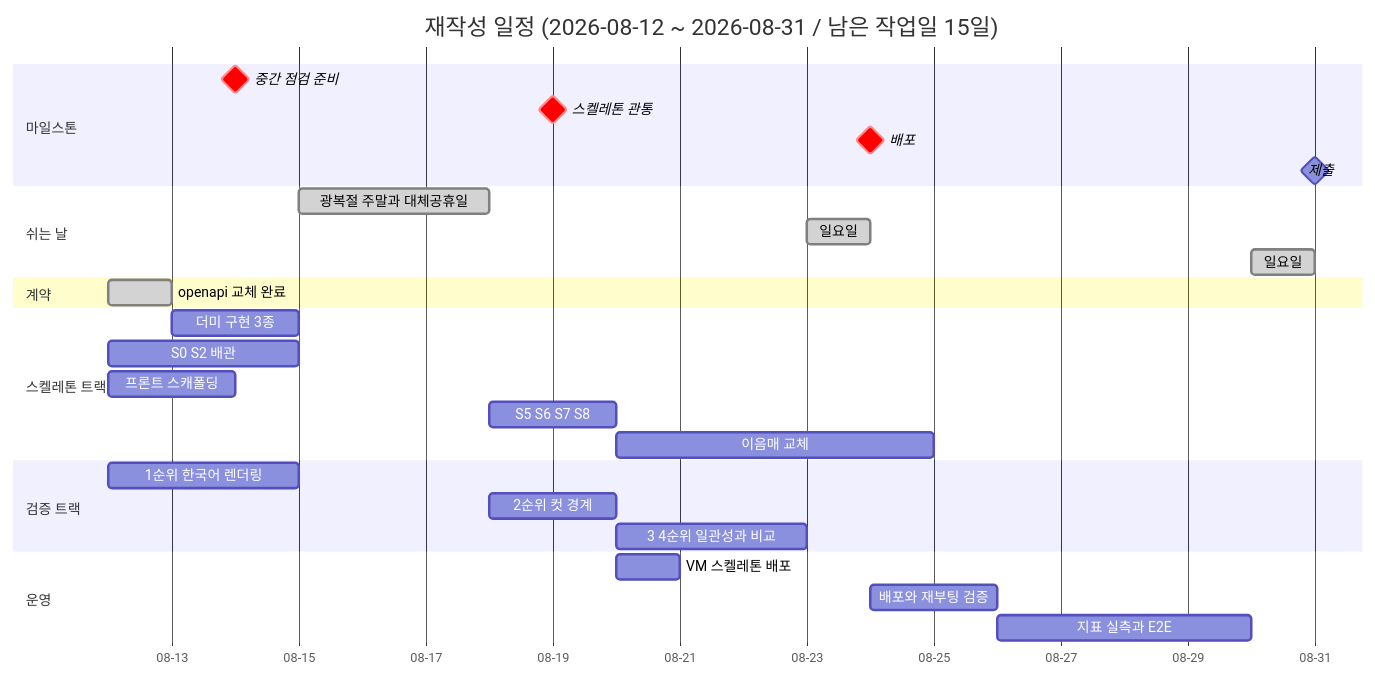
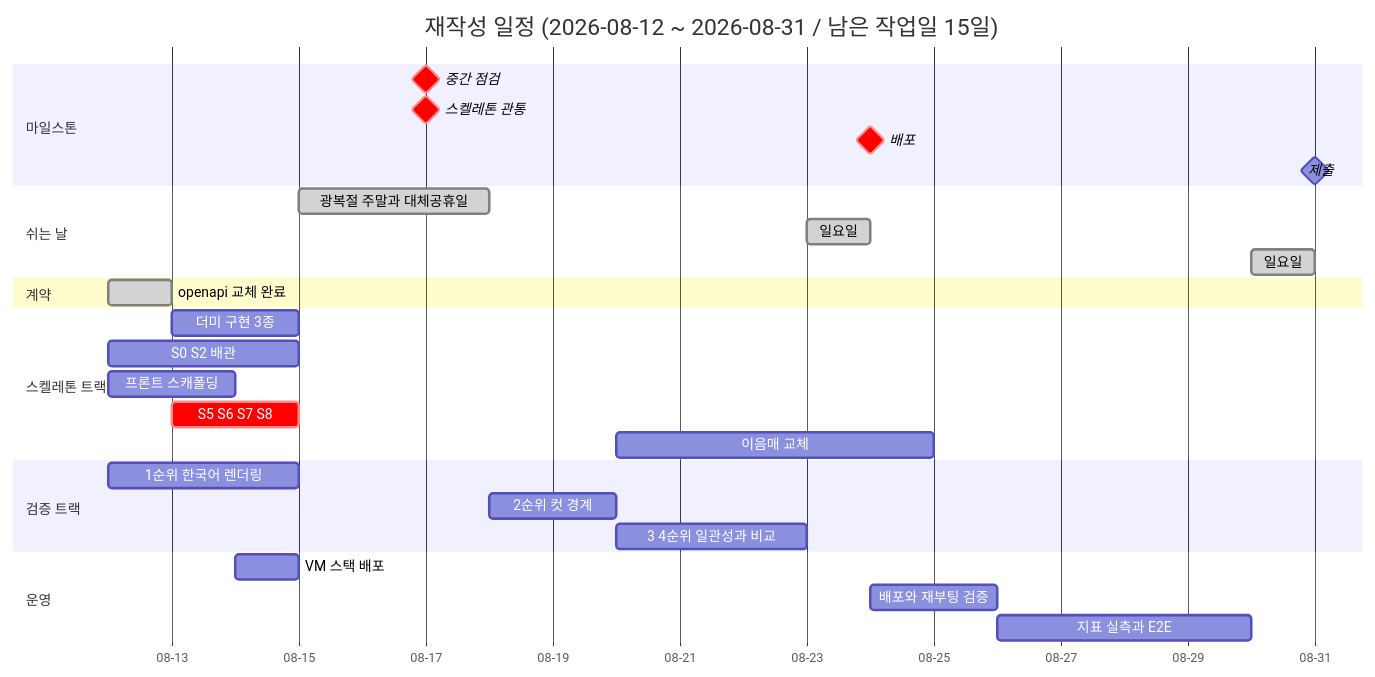
The first of 2 diagrams in docs/역할_일정/00-overall.md (Codeit-AI10-Part4-3Team/AI10-Part4-3Team-Advanced-Project), drawn with Mermaid before and after one commit. The commit also changed other lines of this file and 9 other files, not shown here.

````diff
--- a/docs/역할_일정/00-overall.md
+++ b/docs/역할_일정/00-overall.md
@@ -76,37 +103,37 @@
 ```mermaid
 gantt
     title 재작성 일정 (2026-08-12 ~ 2026-08-31 / 남은 작업일 15일)
     dateFormat YYYY-MM-DD
     axisFormat %m-%d
 
     section 마일스톤
-    중간 점검 준비        :crit, milestone, m3, 2026-08-14, 0d
-    스켈레톤 관통        :crit, milestone, m4, 2026-08-19, 0d
+    중간 점검            :crit, milestone, m3, 2026-08-17, 0d
+    스켈레톤 관통        :crit, milestone, m4, 2026-08-17, 0d
     배포                :crit, milestone, m5, 2026-08-24, 0d
     제출                :milestone, m6, 2026-08-31, 0d
 
     section 쉬는 날
     광복절 주말과 대체공휴일 :done, off2, 2026-08-15, 3d
     일요일                :done, off3, 2026-08-23, 1d
     일요일                :done, off4, 2026-08-30, 1d
 
     section 계약
     openapi 교체 완료     :done, c1, 2026-08-12, 1d
 
     section 스켈레톤 트랙
     더미 구현 3종         :s1, 2026-08-13, 2d
     S0 S2 배관           :s2, 2026-08-12, 3d
     프론트 스캐폴딩       :s3, 2026-08-12, 2d
-    S5 S6 S7 S8          :s4, 2026-08-18, 2d
+    S5 S6 S7 S8          :crit, s4, 2026-08-13, 2d
     이음매 교체           :s5, 2026-08-20, 5d
 
     section 검증 트랙
     1순위 한국어 렌더링    :v1, 2026-08-12, 3d
     2순위 컷 경계         :v2, 2026-08-18, 2d
     3 4순위 일관성과 비교  :v3, 2026-08-20, 3d
 
     section 운영
-    VM 스켈레톤 배포      :o1, 2026-08-20, 1d
+    VM 스택 배포          :o1, 2026-08-14, 1d
     배포와 재부팅 검증     :o2, 2026-08-24, 2d
     지표 실측과 E2E       :o3, 2026-08-26, 4d
 ```
````
